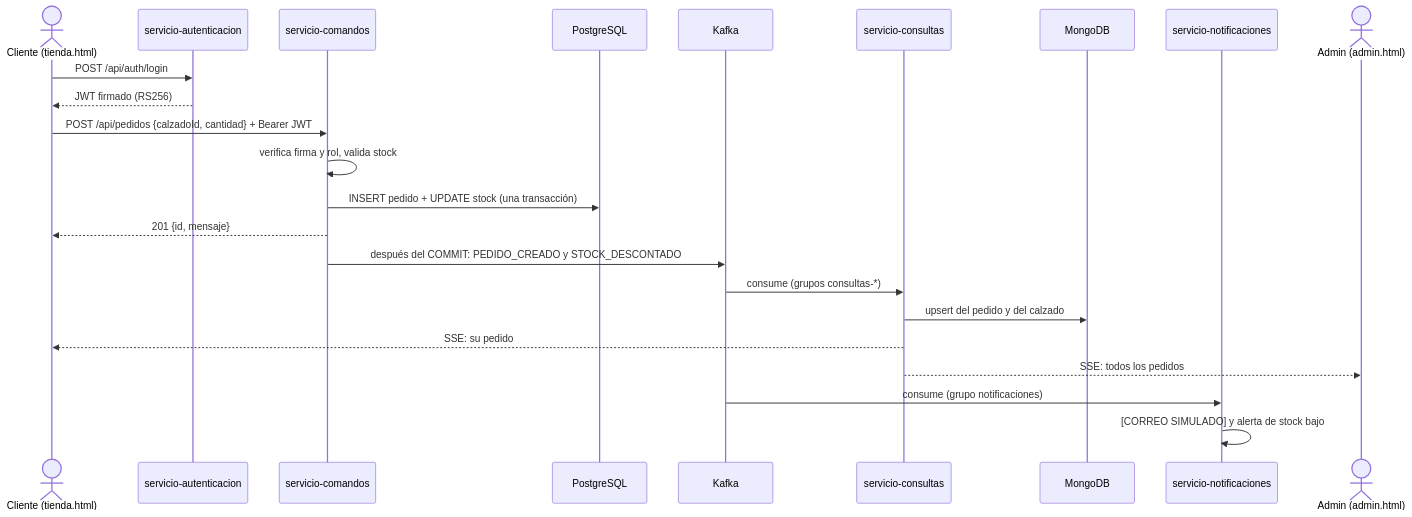
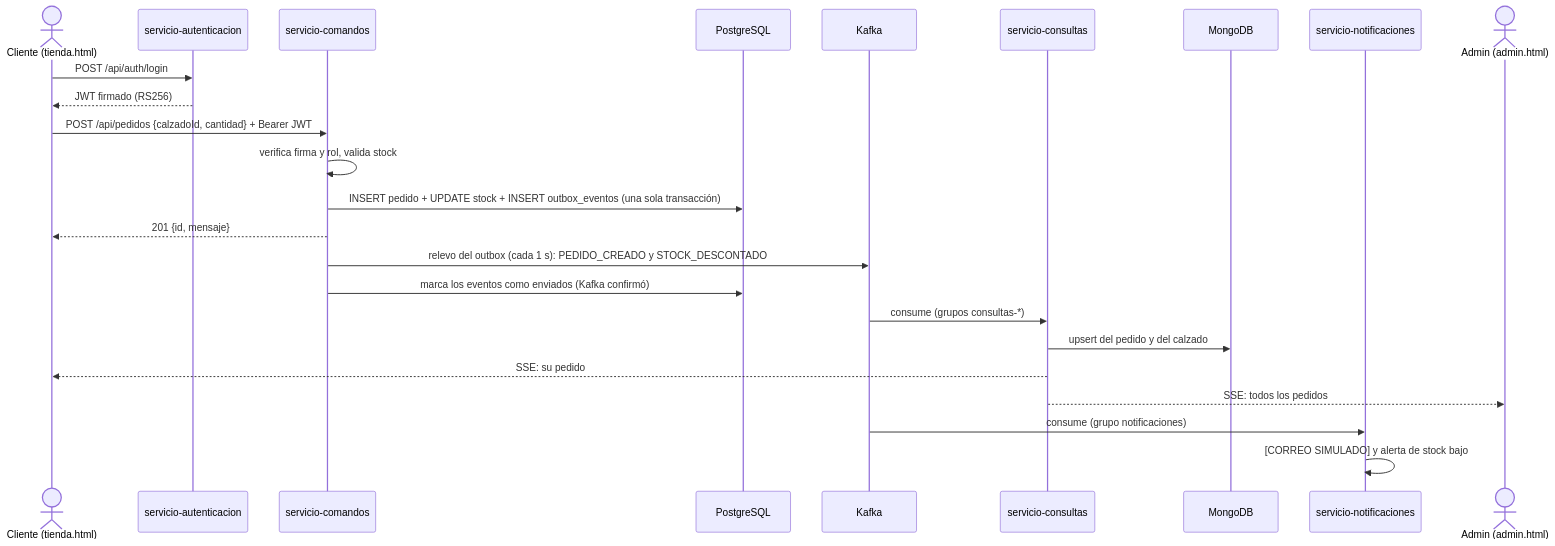
Before and after one commit to JNoxg8/proyecto-CQRS: the second of 2 diagrams in README.md, drawn with Mermaid. The commit also changed other lines of this file and 17 other files, not shown here.

First line of the commit message:
Agregar tolerancia a fallos y diagrama de arquitectura mas claro

````diff
--- a/README.md
+++ b/README.md
@@ -100,26 +129,27 @@
 ```mermaid
 sequenceDiagram
     actor C as Cliente (tienda.html)
     participant A as servicio-autenticacion
     participant W as servicio-comandos
     participant PG as PostgreSQL
     participant K as Kafka
     participant R as servicio-consultas
     participant M as MongoDB
     participant N as servicio-notificaciones
     actor AD as Admin (admin.html)
 
     C->>A: POST /api/auth/login
     A-->>C: JWT firmado (RS256)
     C->>W: POST /api/pedidos {calzadoId, cantidad} + Bearer JWT
     W->>W: verifica firma y rol, valida stock
-    W->>PG: INSERT pedido + UPDATE stock (una transacción)
+    W->>PG: INSERT pedido + UPDATE stock + INSERT outbox_eventos (una sola transacción)
     W-->>C: 201 {id, mensaje}
-    W->>K: después del COMMIT: PEDIDO_CREADO y STOCK_DESCONTADO
+    W->>K: relevo del outbox (cada 1 s): PEDIDO_CREADO y STOCK_DESCONTADO
+    W->>PG: marca los eventos como enviados (Kafka confirmó)
     K->>R: consume (grupos consultas-*)
     R->>M: upsert del pedido y del calzado
     R-->>C: SSE: su pedido
     R-->>AD: SSE: todos los pedidos
     K->>N: consume (grupo notificaciones)
     N->>N: [CORREO SIMULADO] y alerta de stock bajo
 ```
````
